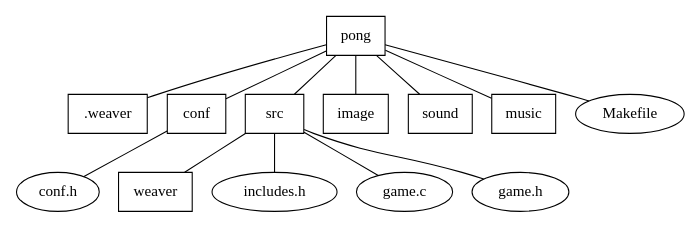
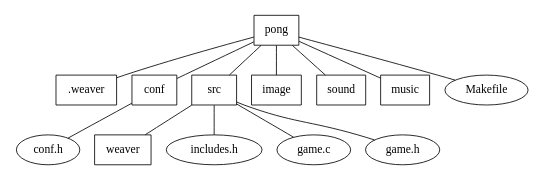
The diagram in cweb/diagrams/project_dir.dot (thiagoharry/weaver), drawn with Graphviz before and after one commit. The commit also changed 5 other files, not shown here.

```diff
--- a/cweb/diagrams/project_dir.dot
+++ b/cweb/diagrams/project_dir.dot
@@ -1,26 +1,26 @@
 graph{
-        size="5.625,9.375!"
+        size="4.3,7.1!"
 	pong[shape=box];
 	".weaver"[shape=box];
 	conf[shape=box];
 	src[shape=box];
 	image[shape=box];
 	sound[shape=box];
 	music[shape=box];
 	weaver[shape=box];
 
 	pong -- ".weaver";
 	pong -- conf;
 	pong -- src;
 	pong -- image;
 	pong -- sound;
 	pong -- music;
 	pong -- Makefile;
 
 	conf -- "conf.h";
 
 	src -- weaver;
 	src -- "includes.h"
 	src -- "game.c"
 	src -- "game.h"
 }
```
